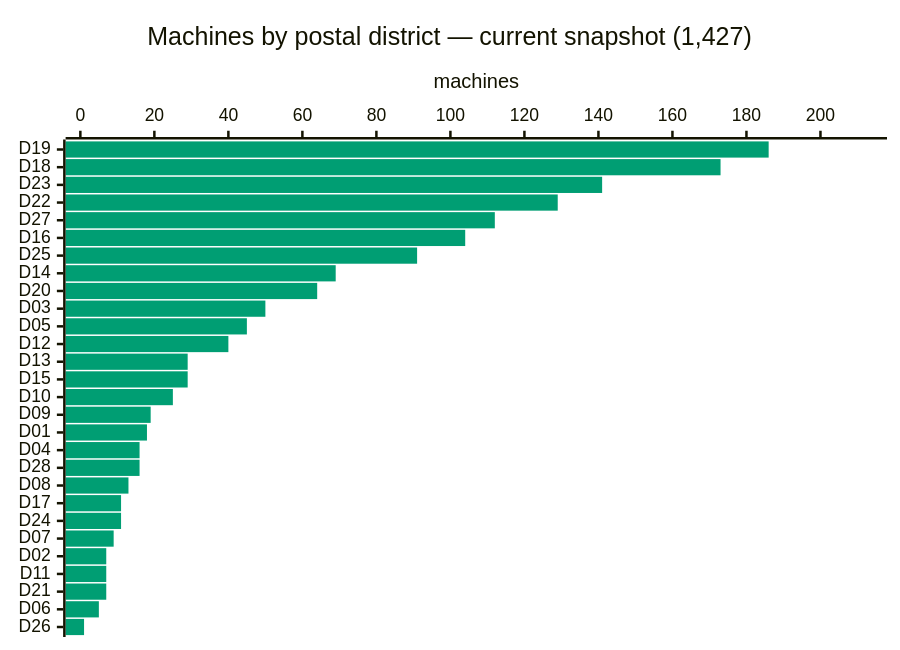
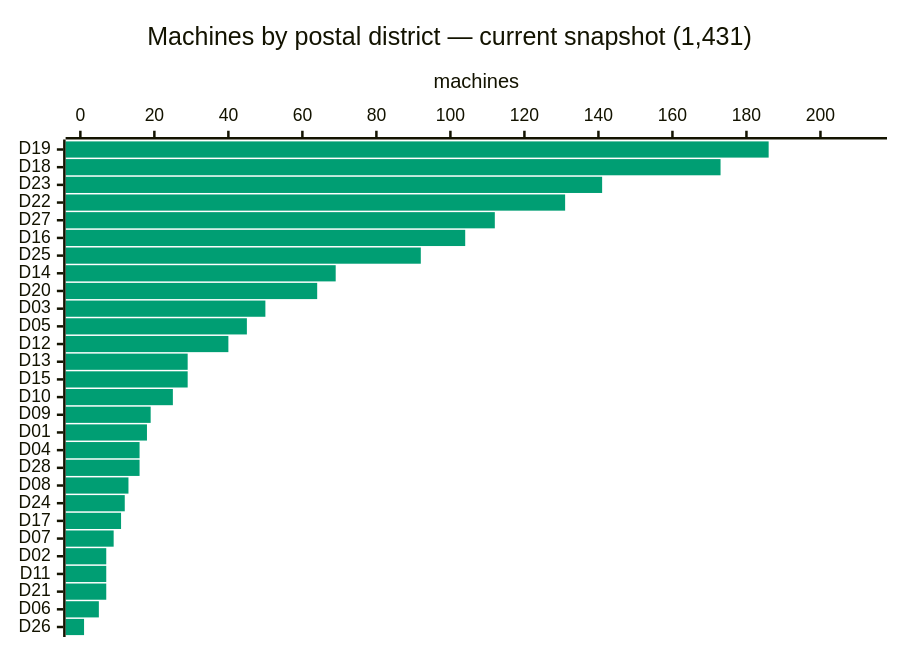
The third of 5 diagrams in ANALYSIS.md (cheeaun/returnright-data), drawn with Mermaid before and after one commit. The commit also changed other lines of this file and 4 other files, not shown here.

````diff
--- a/ANALYSIS.md
+++ b/ANALYSIS.md
@@ -88,16 +88,16 @@
 ```mermaid
 ---
 config:
   themeVariables:
     xyChart:
       plotColorPalette: "#009E73"
   xyChart:
     chartOrientation: "horizontal"
     plotReservedSpacePercent: 40
 ---
 xychart-beta
-    title "Machines by postal district — current snapshot (1,427)"
-    x-axis ["D19", "D18", "D23", "D22", "D27", "D16", "D25", "D14", "D20", "D03", "D05", "D12", "D13", "D15", "D10", "D09", "D01", "D04", "D28", "D08", "D17", "D24", "D07", "D02", "D11", "D21", "D06", "D26"]
+    title "Machines by postal district — current snapshot (1,431)"
+    x-axis ["D19", "D18", "D23", "D22", "D27", "D16", "D25", "D14", "D20", "D03", "D05", "D12", "D13", "D15", "D10", "D09", "D01", "D04", "D28", "D08", "D24", "D17", "D07", "D02", "D11", "D21", "D06", "D26"]
     y-axis "machines" 0 --> 214
-    bar [186, 173, 141, 129, 112, 104, 91, 69, 64, 50, 45, 40, 29, 29, 25, 19, 18, 16, 16, 13, 11, 11, 9, 7, 7, 7, 5, 1]
+    bar [186, 173, 141, 131, 112, 104, 92, 69, 64, 50, 45, 40, 29, 29, 25, 19, 18, 16, 16, 13, 12, 11, 9, 7, 7, 7, 5, 1]
 ```
````
